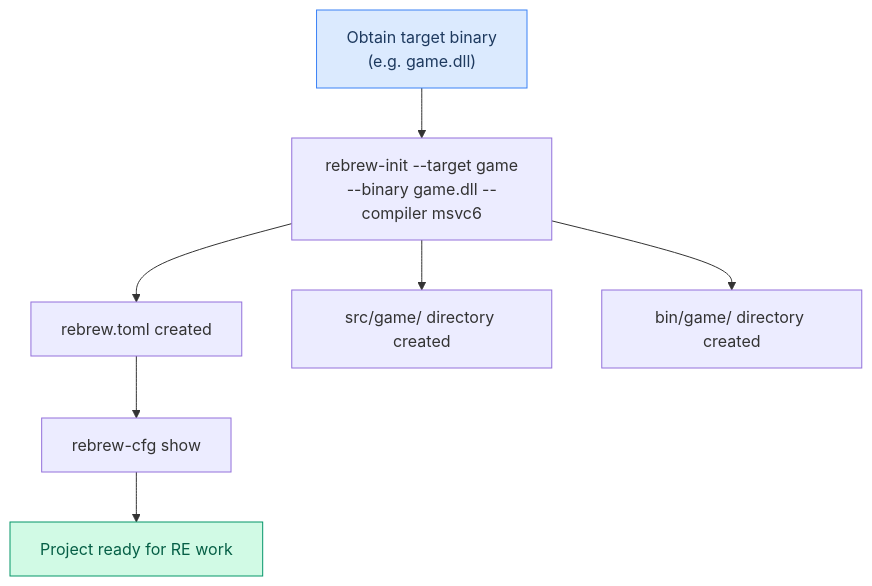
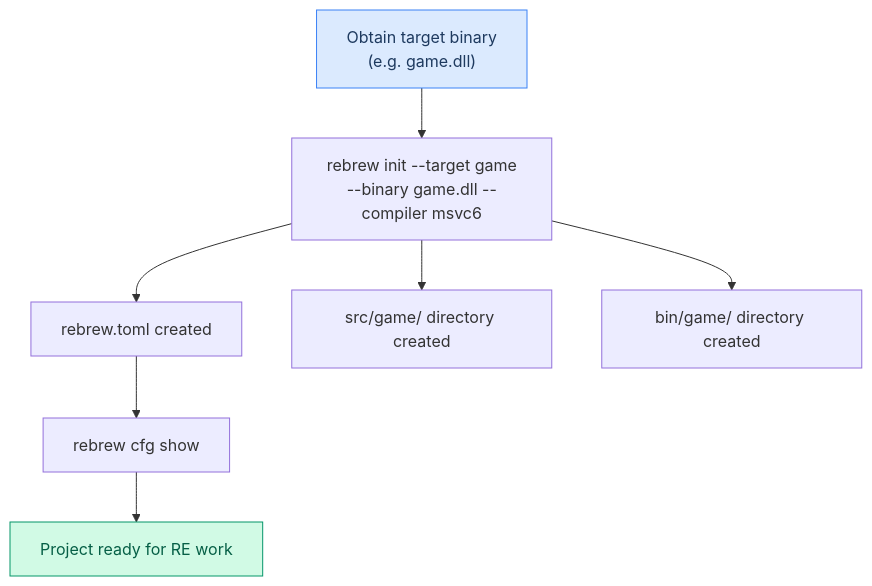
One commit to maci0/rebrew changed the first of 16 diagrams in docs/USER_STORIES.md. Above: the diagram before and after it, drawn with Mermaid. The commit also changed other lines of this file and 16 other files, not shown here.

````diff
--- a/docs/USER_STORIES.md
+++ b/docs/USER_STORIES.md
@@ -33,12 +33,12 @@
 ```mermaid
 graph TD
-    A["Obtain target binary<br/>(e.g. game.dll)"] --> B["rebrew-init --target game<br/>--binary game.dll --compiler msvc6"]
+    A["Obtain target binary<br/>(e.g. game.dll)"] --> B["rebrew init --target game<br/>--binary game.dll --compiler msvc6"]
     B --> C["rebrew.toml created"]
     B --> D["src/game/ directory created"]
     B --> E["bin/game/ directory created"]
-    C --> F["rebrew-cfg show"]
+    C --> F["rebrew cfg show"]
     F --> G["Project ready for RE work"]
 
     style A fill:#dbeafe,stroke:#3b82f6,color:#1e3a5f
     style G fill:#d1fae5,stroke:#059669,color:#065f46
 ```
````
